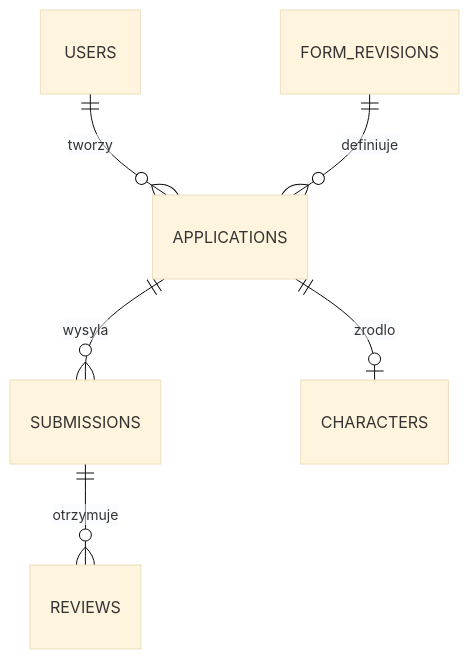
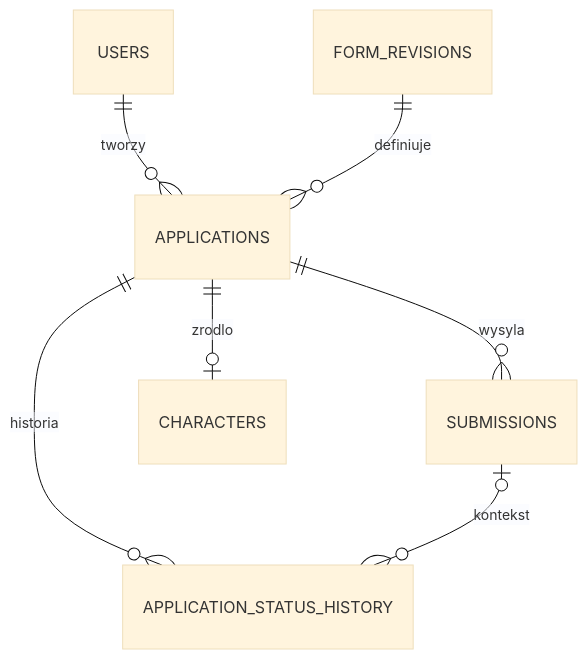
The second of 4 diagrams in docs/architecture/DATA_MODEL.md (Krasny-Lis/ursunalia-character-generator), drawn with Mermaid (base theme) before and after one commit. The commit also changed other lines of this file, not shown here.

````diff
--- a/docs/architecture/DATA_MODEL.md
+++ b/docs/architecture/DATA_MODEL.md
@@ -75,8 +75,9 @@
 ```mermaid
 erDiagram
     USERS ||--o{ APPLICATIONS : tworzy
     FORM_REVISIONS ||--o{ APPLICATIONS : definiuje
     APPLICATIONS ||--o{ SUBMISSIONS : wysyla
-    SUBMISSIONS ||--o{ REVIEWS : otrzymuje
+    APPLICATIONS ||--o{ APPLICATION_STATUS_HISTORY : historia
+    SUBMISSIONS o|--o{ APPLICATION_STATUS_HISTORY : kontekst
     APPLICATIONS ||--o| CHARACTERS : zrodlo
 ```
````
